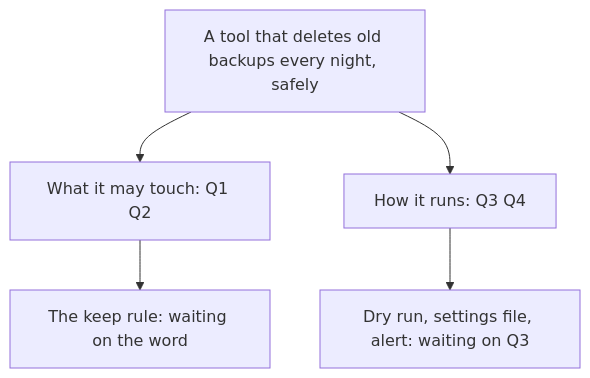
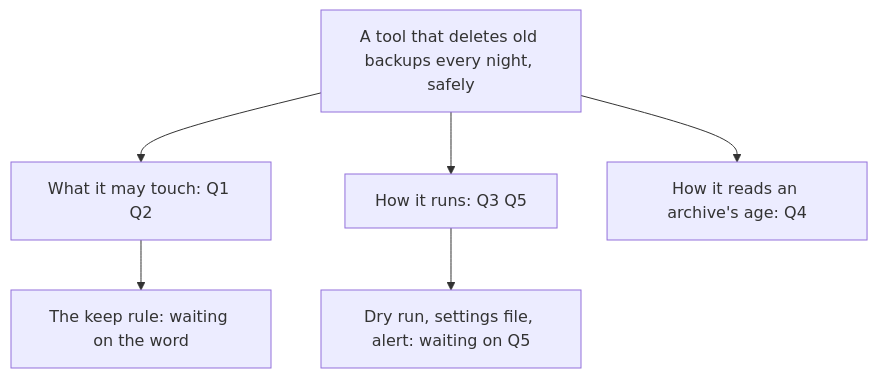
One commit to vdsmon/skills changed the first of 3 diagrams in plugins/cc-crew/skills/grilling/round-sample.md. Above: the diagram before and after it, drawn with Mermaid. The commit also changed other lines of this file and 3 other files, not shown here.

````diff
--- a/plugins/cc-crew/skills/grilling/round-sample.md
+++ b/plugins/cc-crew/skills/grilling/round-sample.md
@@ -22,8 +22,9 @@
 ```mermaid
 flowchart TD
   R[A tool that deletes old backups every night, safely]
   R --> A[What it may touch: Q1 Q2]
-  R --> B[How it runs: Q3 Q4]
+  R --> B[How it runs: Q3 Q5]
+  R --> C[How it reads an archive's age: Q4]
   A --> W1[The keep rule: waiting on the word]
-  B --> W2[Dry run, settings file, alert: waiting on Q3]
+  B --> W2[Dry run, settings file, alert: waiting on Q5]
 ```
````
